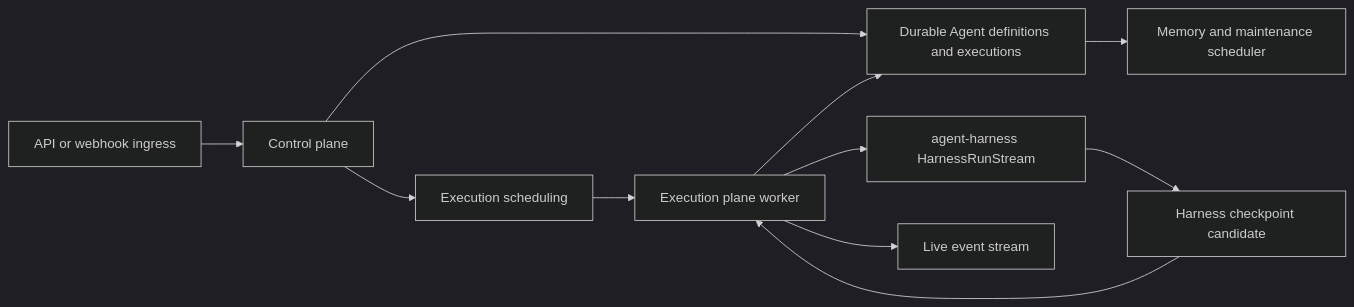
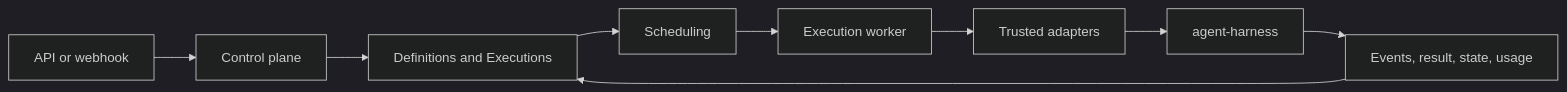
Before and after one commit to LTThreeComma/agent-foundation: the second of 4 diagrams in spec/README.md, drawn with Mermaid (dark theme). The commit also changed other lines of this file and 31 other files, not shown here.

````diff
--- a/spec/README.md
+++ b/spec/README.md
@@ -126,13 +130,11 @@
 ```mermaid
 flowchart LR
-    Ingress[API or webhook ingress] --> Control[Control plane]
-    Control --> Durable[Durable Agent definitions and executions]
-    Control --> Queue[Execution scheduling]
-    Queue --> Worker[Execution plane worker]
-    Worker --> Harness[agent-harness HarnessRunStream]
-    Harness --> Checkpoint[Harness checkpoint candidate]
-    Checkpoint --> Worker
-    Worker --> Durable
-    Worker --> Events[Live event stream]
-    Durable --> Scheduler[Memory and maintenance scheduler]
+    Ingress[API or webhook] --> Control[Control plane]
+    Control --> Durable[Definitions and Executions]
+    Durable --> Queue[Scheduling]
+    Queue --> Worker[Execution worker]
+    Worker --> Reconstruct[Trusted adapters]
+    Reconstruct --> Harness[agent-harness]
+    Harness --> Candidate[Events, result, state, usage]
+    Candidate --> Durable
 ```
````
